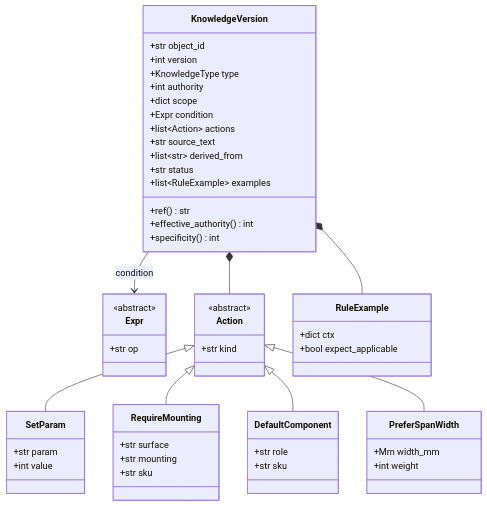
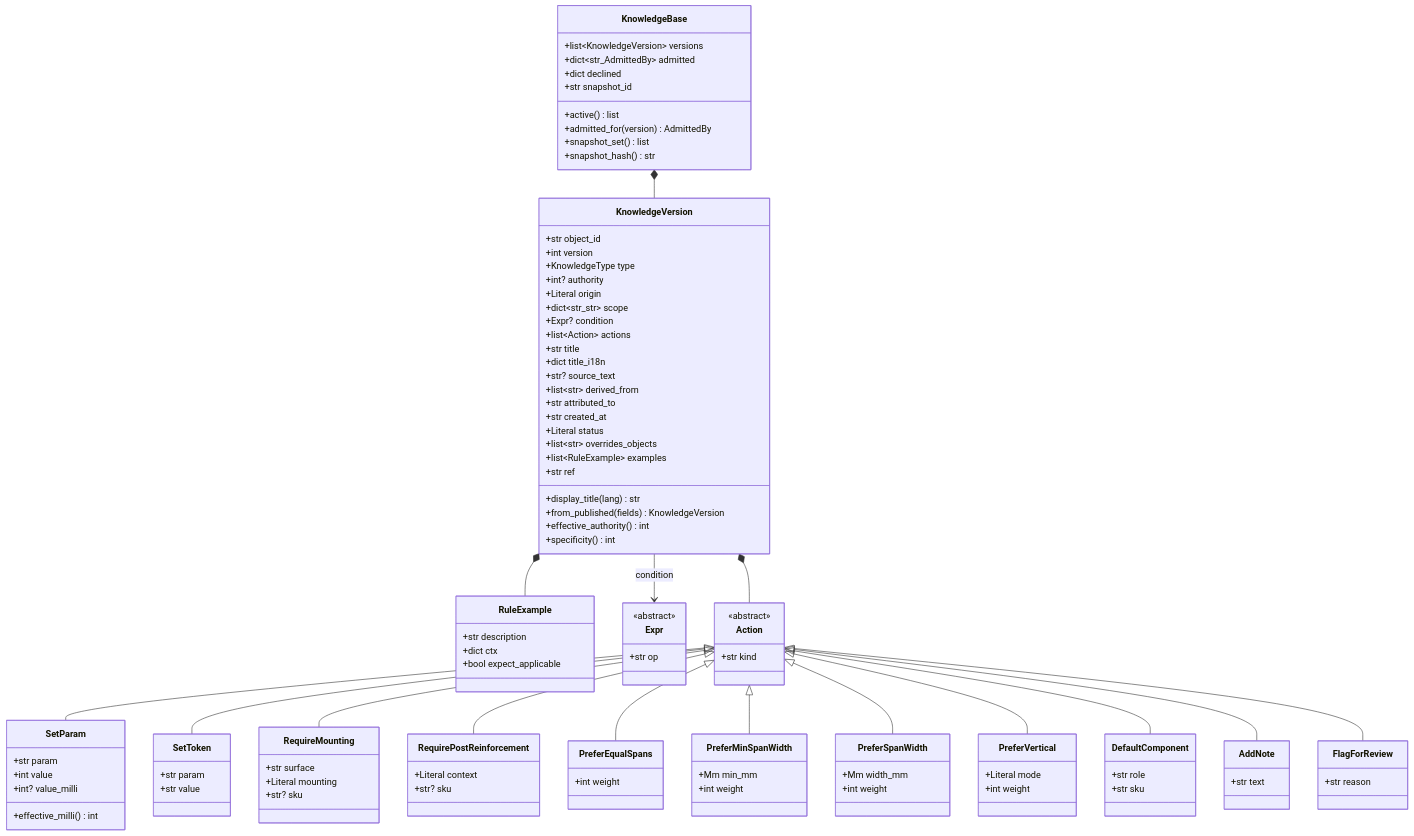
One commit to spicysauce1955-stack/BOM changed the ninth of 27 diagrams in docs/architecture/02-entities.md. Above: the diagram before and after it, drawn with Mermaid. The commit also changed other lines of this file and 14 other files, not shown here.

````diff
--- a/docs/architecture/02-entities.md
+++ b/docs/architecture/02-entities.md
@@ -489,17 +1094,40 @@
         +str object_id
         +int version
         +KnowledgeType type
-        +int authority
-        +dict scope
-        +Expr condition
+        +int? authority
+        +Literal origin
+        +dict~str_str~ scope
+        +Expr? condition
         +list~Action~ actions
-        +str source_text
+        +str title
+        +dict title_i18n
+        +str? source_text
         +list~str~ derived_from
-        +str status
+        +str attributed_to
+        +str created_at
+        +Literal status
+        +list~str~ overrides_objects
         +list~RuleExample~ examples
-        +ref() str
+        +str ref
+        +display_title(lang) str
+        +from_published(fields) KnowledgeVersion
         +effective_authority() int
         +specificity() int
+    }
+    class KnowledgeBase {
+        +list~KnowledgeVersion~ versions
+        +dict~str_AdmittedBy~ admitted
+        +dict declined
+        +str snapshot_id
+        +active() list
+        +admitted_for(version) AdmittedBy
+        +snapshot_set() list
+        +snapshot_hash() str
+    }
+    class RuleExample {
+        +str description
+        +dict ctx
+        +bool expect_applicable
     }
     class Expr {
         <<abstract>>
@@ -512,30 +1140,61 @@
     class SetParam {
         +str param
         +int value
+        +int? value_milli
+        +effective_milli() int
+    }
+    class SetToken {
+        +str param
+        +str value
     }
     class RequireMounting {
         +str surface
-        +str mounting
-        +str sku
+        +Literal mounting
+        +str? sku
+    }
+    class RequirePostReinforcement {
+        +Literal context
+        +str? sku
+    }
+    class PreferEqualSpans {
+        +int weight
+    }
+    class PreferMinSpanWidth {
+        +Mm min_mm
+        +int weight
+    }
+    class PreferSpanWidth {
+        +Mm width_mm
+        +int weight
+    }
+    class PreferVertical {
+        +Literal mode
+        +int weight
     }
     class DefaultComponent {
         +str role
         +str sku
     }
-    class PreferSpanWidth {
-        +Mm width_mm
-        +int weight
+    class AddNote {
+        +str text
     }
-    class RuleExample {
-        +dict ctx
-        +bool expect_applicable
+    class FlagForReview {
+        +str reason
     }
 
+    KnowledgeBase *-- KnowledgeVersion
     KnowledgeVersion --> Expr : condition
     KnowledgeVersion *-- Action
     KnowledgeVersion *-- RuleExample
     Action <|-- SetParam
+    Action <|-- SetToken
     Action <|-- RequireMounting
+    Action <|-- RequirePostReinforcement
+    Action <|-- PreferEqualSpans
+    Action <|-- PreferMinSpanWidth
+    Action <|-- PreferSpanWidth
+    Action <|-- PreferVertical
     Action <|-- DefaultComponent
-    Action <|-- PreferSpanWidth
+    Action <|-- AddNote
+    Action <|-- FlagForReview
 ```
````
